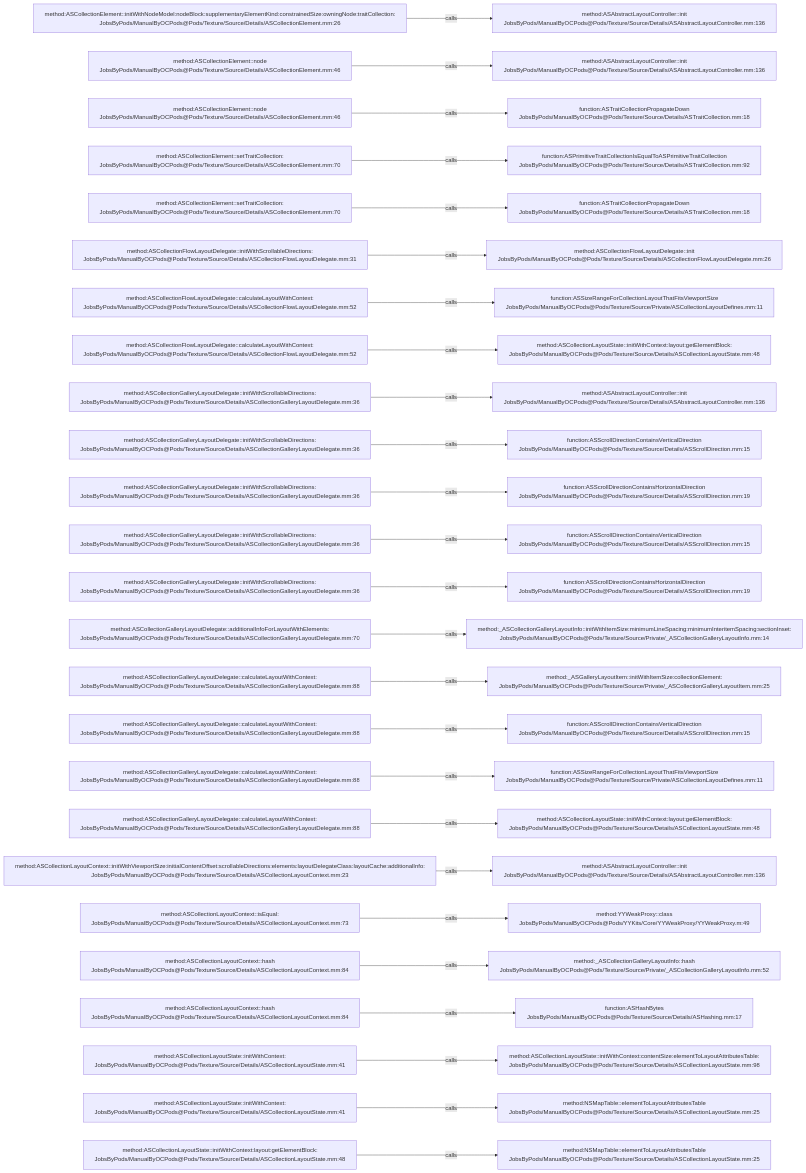
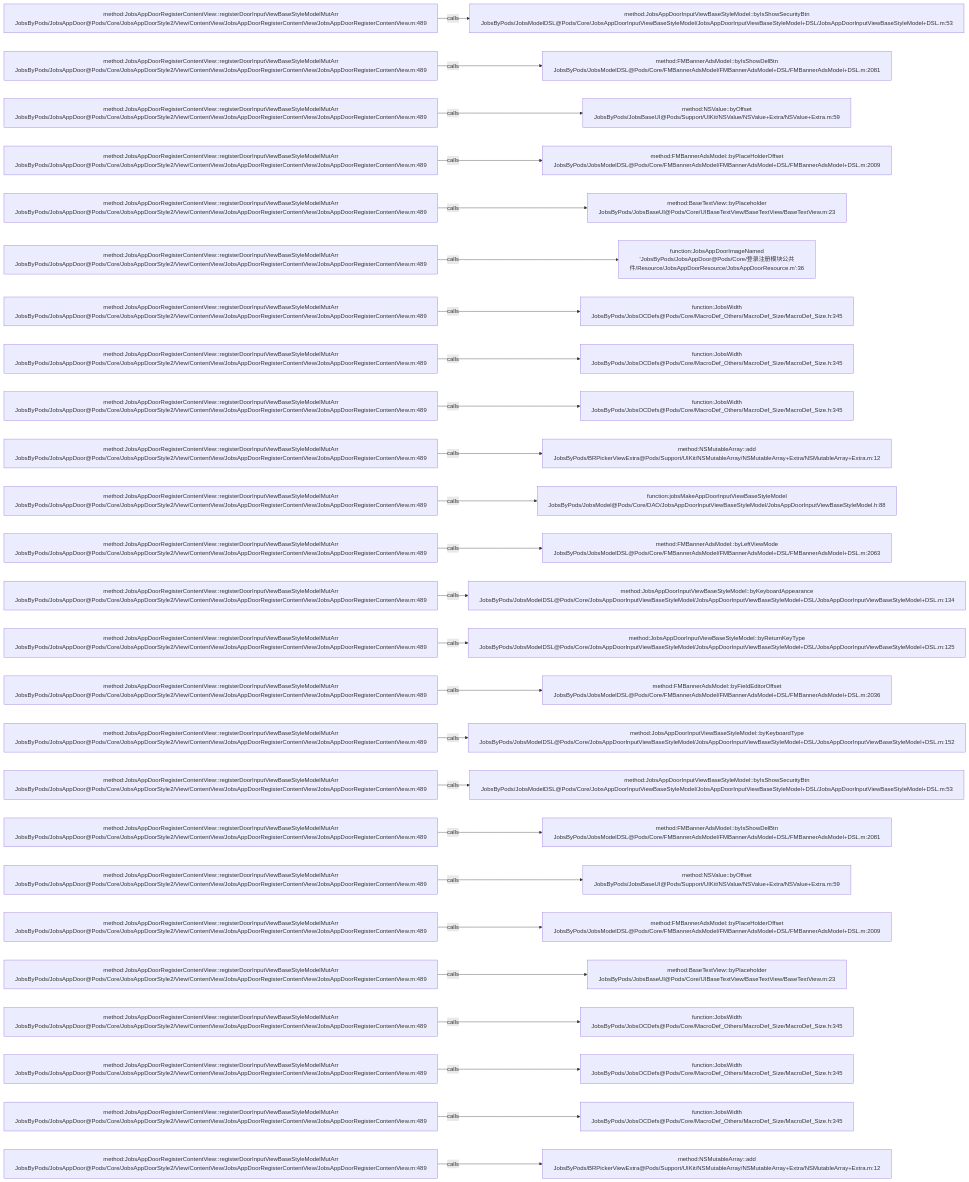
The diagram in .codegraph/codegraph.md/graphs/calls-136.md (JobsKits/JobsOCBaseConfigDemo), drawn with Mermaid before and after one commit. The commit also changed 768 other files, not shown here.

````diff
--- a/.codegraph/codegraph.md/graphs/calls-136.md
+++ b/.codegraph/codegraph.md/graphs/calls-136.md
@@ -13,78 +13,78 @@
 ```mermaid
 flowchart LR
-  S1["method:ASCollectionElement::initWithNodeModel:nodeBlock:supplementaryElementKind:constrainedSize:owningNode:traitCollection:<br/>JobsByPods/ManualByOCPods@Pods/Texture/Source/Details/ASCollectionElement.mm:26"]
-  T1["method:ASAbstractLayoutController::init<br/>JobsByPods/ManualByOCPods@Pods/Texture/Source/Details/ASAbstractLayoutController.mm:136"]
+  S1["method:JobsAppDoorRegisterContentView::registerDoorInputViewBaseStyleModelMutArr<br/>JobsByPods/JobsAppDoor@Pods/Core/JobsAppDoorStyle2/View/ContentView/JobsAppDoorRegisterContentView/JobsAppDoorRegisterContentView.m:489"]
+  T1["method:JobsAppDoorInputViewBaseStyleModel::byIsShowSecurityBtn<br/>JobsByPods/JobsModelDSL@Pods/Core/JobsAppDoorInputViewBaseStyleModel/JobsAppDoorInputViewBaseStyleModel+DSL/JobsAppDoorInputViewBaseStyleModel+DSL.m:53"]
   S1 -->|calls| T1
-  S2["method:ASCollectionElement::node<br/>JobsByPods/ManualByOCPods@Pods/Texture/Source/Details/ASCollectionElement.mm:46"]
-  T2["method:ASAbstractLayoutController::init<br/>JobsByPods/ManualByOCPods@Pods/Texture/Source/Details/ASAbstractLayoutController.mm:136"]
+  S2["method:JobsAppDoorRegisterContentView::registerDoorInputViewBaseStyleModelMutArr<br/>JobsByPods/JobsAppDoor@Pods/Core/JobsAppDoorStyle2/View/ContentView/JobsAppDoorRegisterContentView/JobsAppDoorRegisterContentView.m:489"]
+  T2["method:FMBannerAdsModel::byIsShowDelBtn<br/>JobsByPods/JobsModelDSL@Pods/Core/FMBannerAdsModel/FMBannerAdsModel+DSL/FMBannerAdsModel+DSL.m:2081"]
   S2 -->|calls| T2
-  S3["method:ASCollectionElement::node<br/>JobsByPods/ManualByOCPods@Pods/Texture/Source/Details/ASCollectionElement.mm:46"]
-  T3["function:ASTraitCollectionPropagateDown<br/>JobsByPods/ManualByOCPods@Pods/Texture/Source/Details/ASTraitCollection.mm:18"]
+  S3["method:JobsAppDoorRegisterContentView::registerDoorInputViewBaseStyleModelMutArr<br/>JobsByPods/JobsAppDoor@Pods/Core/JobsAppDoorStyle2/View/ContentView/JobsAppDoorRegisterContentView/JobsAppDoorRegisterContentView.m:489"]
+  T3["method:NSValue::byOffset<br/>JobsByPods/JobsBaseUI@Pods/Support/UIKit/NSValue/NSValue+Extra/NSValue+Extra.m:59"]
   S3 -->|calls| T3
-  S4["method:ASCollectionElement::setTraitCollection:<br/>JobsByPods/ManualByOCPods@Pods/Texture/Source/Details/ASCollectionElement.mm:70"]
-  T4["function:ASPrimitiveTraitCollectionIsEqualToASPrimitiveTraitCollection<br/>JobsByPods/ManualByOCPods@Pods/Texture/Source/Details/ASTraitCollection.mm:92"]
+  S4["method:JobsAppDoorRegisterContentView::registerDoorInputViewBaseStyleModelMutArr<br/>JobsByPods/JobsAppDoor@Pods/Core/JobsAppDoorStyle2/View/ContentView/JobsAppDoorRegisterContentView/JobsAppDoorRegisterContentView.m:489"]
+  T4["method:FMBannerAdsModel::byPlaceHolderOffset<br/>JobsByPods/JobsModelDSL@Pods/Core/FMBannerAdsModel/FMBannerAdsModel+DSL/FMBannerAdsModel+DSL.m:2009"]
   S4 -->|calls| T4
-  S5["method:ASCollectionElement::setTraitCollection:<br/>JobsByPods/ManualByOCPods@Pods/Texture/Source/Details/ASCollectionElement.mm:70"]
-  T5["function:ASTraitCollectionPropagateDown<br/>JobsByPods/ManualByOCPods@Pods/Texture/Source/Details/ASTraitCollection.mm:18"]
+  S5["method:JobsAppDoorRegisterContentView::registerDoorInputViewBaseStyleModelMutArr<br/>JobsByPods/JobsAppDoor@Pods/Core/JobsAppDoorStyle2/View/ContentView/JobsAppDoorRegisterContentView/JobsAppDoorRegisterContentView.m:489"]
+  T5["method:BaseTextView::byPlaceholder<br/>JobsByPods/JobsBaseUI@Pods/Core/UIBaseTextView/BaseTextView/BaseTextView.m:23"]
   S5 -->|calls| T5
-  S6["method:ASCollectionFlowLayoutDelegate::initWithScrollableDirections:<br/>JobsByPods/ManualByOCPods@Pods/Texture/Source/Details/ASCollectionFlowLayoutDelegate.mm:31"]
-  T6["method:ASCollectionFlowLayoutDelegate::init<br/>JobsByPods/ManualByOCPods@Pods/Texture/Source/Details/ASCollectionFlowLayoutDelegate.mm:26"]
+  S6["method:JobsAppDoorRegisterContentView::registerDoorInputViewBaseStyleModelMutArr<br/>JobsByPods/JobsAppDoor@Pods/Core/JobsAppDoorStyle2/View/ContentView/JobsAppDoorRegisterContentView/JobsAppDoorRegisterContentView.m:489"]
+  T6["function:JobsAppDoorImageNamed<br/>'JobsByPods/JobsAppDoor@Pods/Core/登录注册模块公共件/Resource/JobsAppDoorResource/JobsAppDoorResource.m':36"]
   S6 -->|calls| T6
-  S7["method:ASCollectionFlowLayoutDelegate::calculateLayoutWithContext:<br/>JobsByPods/ManualByOCPods@Pods/Texture/Source/Details/ASCollectionFlowLayoutDelegate.mm:52"]
-  T7["function:ASSizeRangeForCollectionLayoutThatFitsViewportSize<br/>JobsByPods/ManualByOCPods@Pods/Texture/Source/Private/ASCollectionLayoutDefines.mm:11"]
+  S7["method:JobsAppDoorRegisterContentView::registerDoorInputViewBaseStyleModelMutArr<br/>JobsByPods/JobsAppDoor@Pods/Core/JobsAppDoorStyle2/View/ContentView/JobsAppDoorRegisterContentView/JobsAppDoorRegisterContentView.m:489"]
+  T7["function:JobsWidth<br/>JobsByPods/JobsOCDefs@Pods/Core/MacroDef_Others/MacroDef_Size/MacroDef_Size.h:345"]
   S7 -->|calls| T7
-  S8["method:ASCollectionFlowLayoutDelegate::calculateLayoutWithContext:<br/>JobsByPods/ManualByOCPods@Pods/Texture/Source/Details/ASCollectionFlowLayoutDelegate.mm:52"]
-  T8["method:ASCollectionLayoutState::initWithContext:layout:getElementBlock:<br/>JobsByPods/ManualByOCPods@Pods/Texture/Source/Details/ASCollectionLayoutState.mm:48"]
+  S8["method:JobsAppDoorRegisterContentView::registerDoorInputViewBaseStyleModelMutArr<br/>JobsByPods/JobsAppDoor@Pods/Core/JobsAppDoorStyle2/View/ContentView/JobsAppDoorRegisterContentView/JobsAppDoorRegisterContentView.m:489"]
+  T8["function:JobsWidth<br/>JobsByPods/JobsOCDefs@Pods/Core/MacroDef_Others/MacroDef_Size/MacroDef_Size.h:345"]
   S8 -->|calls| T8
-  S9["method:ASCollectionGalleryLayoutDelegate::initWithScrollableDirections:<br/>JobsByPods/ManualByOCPods@Pods/Texture/Source/Details/ASCollectionGalleryLayoutDelegate.mm:36"]
-  T9["method:ASAbstractLayoutController::init<br/>JobsByPods/ManualByOCPods@Pods/Texture/Source/Details/ASAbstractLayoutController.mm:136"]
+  S9["method:JobsAppDoorRegisterContentView::registerDoorInputViewBaseStyleModelMutArr<br/>JobsByPods/JobsAppDoor@Pods/Core/JobsAppDoorStyle2/View/ContentView/JobsAppDoorRegisterContentView/JobsAppDoorRegisterContentView.m:489"]
+  T9["function:JobsWidth<br/>JobsByPods/JobsOCDefs@Pods/Core/MacroDef_Others/MacroDef_Size/MacroDef_Size.h:345"]
   S9 -->|calls| T9
-  S10["method:ASCollectionGalleryLayoutDelegate::initWithScrollableDirections:<br/>JobsByPods/ManualByOCPods@Pods/Texture/Source/Details/ASCollectionGalleryLayoutDelegate.mm:36"]
-  T10["function:ASScrollDirectionContainsVerticalDirection<br/>JobsByPods/ManualByOCPods@Pods/Texture/Source/Details/ASScrollDirection.mm:15"]
+  S10["method:JobsAppDoorRegisterContentView::registerDoorInputViewBaseStyleModelMutArr<br/>JobsByPods/JobsAppDoor@Pods/Core/JobsAppDoorStyle2/View/ContentView/JobsAppDoorRegisterContentView/JobsAppDoorRegisterContentView.m:489"]
+  T10["method:NSMutableArray::add<br/>JobsByPods/BRPickerViewExtra@Pods/Support/UIKit/NSMutableArray/NSMutableArray+Extra/NSMutableArray+Extra.m:12"]
   S10 -->|calls| T10
-  S11["method:ASCollectionGalleryLayoutDelegate::initWithScrollableDirections:<br/>JobsByPods/ManualByOCPods@Pods/Texture/Source/Details/ASCollectionGalleryLayoutDelegate.mm:36"]
-  T11["function:ASScrollDirectionContainsHorizontalDirection<br/>JobsByPods/ManualByOCPods@Pods/Texture/Source/Details/ASScrollDirection.mm:19"]
+  S11["method:JobsAppDoorRegisterContentView::registerDoorInputViewBaseStyleModelMutArr<br/>JobsByPods/JobsAppDoor@Pods/Core/JobsAppDoorStyle2/View/ContentView/JobsAppDoorRegisterContentView/JobsAppDoorRegisterContentView.m:489"]
+  T11["function:jobsMakeAppDoorInputViewBaseStyleModel<br/>JobsByPods/JobsModel@Pods/Core/DAO/JobsAppDoorInputViewBaseStyleModel/JobsAppDoorInputViewBaseStyleModel.h:88"]
   S11 -->|calls| T11
-  S12["method:ASCollectionGalleryLayoutDelegate::initWithScrollableDirections:<br/>JobsByPods/ManualByOCPods@Pods/Texture/Source/Details/ASCollectionGalleryLayoutDelegate.mm:36"]
-  T12["function:ASScrollDirectionContainsVerticalDirection<br/>JobsByPods/ManualByOCPods@Pods/Texture/Source/Details/ASScrollDirection.mm:15"]
+  S12["method:JobsAppDoorRegisterContentView::registerDoorInputViewBaseStyleModelMutArr<br/>JobsByPods/JobsAppDoor@Pods/Core/JobsAppDoorStyle2/View/ContentView/JobsAppDoorRegisterContentView/JobsAppDoorRegisterContentView.m:489"]
+  T12["method:FMBannerAdsModel::byLeftViewMode<br/>JobsByPods/JobsModelDSL@Pods/Core/FMBannerAdsModel/FMBannerAdsModel+DSL/FMBannerAdsModel+DSL.m:2063"]
   S12 -->|calls| T12
-  S13["method:ASCollectionGalleryLayoutDelegate::initWithScrollableDirections:<br/>JobsByPods/ManualByOCPods@Pods/Texture/Source/Details/ASCollectionGalleryLayoutDelegate.mm:36"]
-  T13["function:ASScrollDirectionContainsHorizontalDirection<br/>JobsByPods/ManualByOCPods@Pods/Texture/Source/Details/ASScrollDirection.mm:19"]
+  S13["method:JobsAppDoorRegisterContentView::registerDoorInputViewBaseStyleModelMutArr<br/>JobsByPods/JobsAppDoor@Pods/Core/JobsAppDoorStyle2/View/ContentView/JobsAppDoorRegisterContentView/JobsAppDoorRegisterContentView.m:489"]
+  T13["method:JobsAppDoorInputViewBaseStyleModel::byKeyboardAppearance<br/>JobsByPods/JobsModelDSL@Pods/Core/JobsAppDoorInputViewBaseStyleModel/JobsAppDoorInputViewBaseStyleModel+DSL/JobsAppDoorInputViewBaseStyleModel+DSL.m:134"]
   S13 -->|calls| T13
-  S14["method:ASCollectionGalleryLayoutDelegate::additionalInfoForLayoutWithElements:<br/>JobsByPods/ManualByOCPods@Pods/Texture/Source/Details/ASCollectionGalleryLayoutDelegate.mm:70"]
-  T14["method:_ASCollectionGalleryLayoutInfo::initWithItemSize:minimumLineSpacing:minimumInteritemSpacing:sectionInset:<br/>JobsByPods/ManualByOCPods@Pods/Texture/Source/Private/_ASCollectionGalleryLayoutInfo.mm:14"]
+  S14["method:JobsAppDoorRegisterContentView::registerDoorInputViewBaseStyleModelMutArr<br/>JobsByPods/JobsAppDoor@Pods/Core/JobsAppDoorStyle2/View/ContentView/JobsAppDoorRegisterContentView/JobsAppDoorRegisterContentView.m:489"]
+  T14["method:JobsAppDoorInputViewBaseStyleModel::byReturnKeyType<br/>JobsByPods/JobsModelDSL@Pods/Core/JobsAppDoorInputViewBaseStyleModel/JobsAppDoorInputViewBaseStyleModel+DSL/JobsAppDoorInputViewBaseStyleModel+DSL.m:125"]
   S14 -->|calls| T14
-  S15["method:ASCollectionGalleryLayoutDelegate::calculateLayoutWithContext:<br/>JobsByPods/ManualByOCPods@Pods/Texture/Source/Details/ASCollectionGalleryLayoutDelegate.mm:88"]
-  T15["method:_ASGalleryLayoutItem::initWithItemSize:collectionElement:<br/>JobsByPods/ManualByOCPods@Pods/Texture/Source/Private/_ASCollectionGalleryLayoutItem.mm:25"]
+  S15["method:JobsAppDoorRegisterContentView::registerDoorInputViewBaseStyleModelMutArr<br/>JobsByPods/JobsAppDoor@Pods/Core/JobsAppDoorStyle2/View/ContentView/JobsAppDoorRegisterContentView/JobsAppDoorRegisterContentView.m:489"]
+  T15["method:FMBannerAdsModel::byFieldEditorOffset<br/>JobsByPods/JobsModelDSL@Pods/Core/FMBannerAdsModel/FMBannerAdsModel+DSL/FMBannerAdsModel+DSL.m:2036"]
   S15 -->|calls| T15
-  S16["method:ASCollectionGalleryLayoutDelegate::calculateLayoutWithContext:<br/>JobsByPods/ManualByOCPods@Pods/Texture/Source/Details/ASCollectionGalleryLayoutDelegate.mm:88"]
-  T16["function:ASScrollDirectionContainsVerticalDirection<br/>JobsByPods/ManualByOCPods@Pods/Texture/Source/Details/ASScrollDirection.mm:15"]
+  S16["method:JobsAppDoorRegisterContentView::registerDoorInputViewBaseStyleModelMutArr<br/>JobsByPods/JobsAppDoor@Pods/Core/JobsAppDoorStyle2/View/ContentView/JobsAppDoorRegisterContentView/JobsAppDoorRegisterContentView.m:489"]
+  T16["method:JobsAppDoorInputViewBaseStyleModel::byKeyboardType<br/>JobsByPods/JobsModelDSL@Pods/Core/JobsAppDoorInputViewBaseStyleModel/JobsAppDoorInputViewBaseStyleModel+DSL/JobsAppDoorInputViewBaseStyleModel+DSL.m:152"]
   S16 -->|calls| T16
-  S17["method:ASCollectionGalleryLayoutDelegate::calculateLayoutWithContext:<br/>JobsByPods/ManualByOCPods@Pods/Texture/Source/Details/ASCollectionGalleryLayoutDelegate.mm:88"]
-  T17["function:ASSizeRangeForCollectionLayoutThatFitsViewportSize<br/>JobsByPods/ManualByOCPods@Pods/Texture/Source/Private/ASCollectionLayoutDefines.mm:11"]
+  S17["method:JobsAppDoorRegisterContentView::registerDoorInputViewBaseStyleModelMutArr<br/>JobsByPods/JobsAppDoor@Pods/Core/JobsAppDoorStyle2/View/ContentView/JobsAppDoorRegisterContentView/JobsAppDoorRegisterContentView.m:489"]
+  T17["method:JobsAppDoorInputViewBaseStyleModel::byIsShowSecurityBtn<br/>JobsByPods/JobsModelDSL@Pods/Core/JobsAppDoorInputViewBaseStyleModel/JobsAppDoorInputViewBaseStyleModel+DSL/JobsAppDoorInputViewBaseStyleModel+DSL.m:53"]
   S17 -->|calls| T17
-  S18["method:ASCollectionGalleryLayoutDelegate::calculateLayoutWithContext:<br/>JobsByPods/ManualByOCPods@Pods/Texture/Source/Details/ASCollectionGalleryLayoutDelegate.mm:88"]
-  T18["method:ASCollectionLayoutState::initWithContext:layout:getElementBlock:<br/>JobsByPods/ManualByOCPods@Pods/Texture/Source/Details/ASCollectionLayoutState.mm:48"]
+  S18["method:JobsAppDoorRegisterContentView::registerDoorInputViewBaseStyleModelMutArr<br/>JobsByPods/JobsAppDoor@Pods/Core/JobsAppDoorStyle2/View/ContentView/JobsAppDoorRegisterContentView/JobsAppDoorRegisterContentView.m:489"]
+  T18["method:FMBannerAdsModel::byIsShowDelBtn<br/>JobsByPods/JobsModelDSL@Pods/Core/FMBannerAdsModel/FMBannerAdsModel+DSL/FMBannerAdsModel+DSL.m:2081"]
   S18 -->|calls| T18
-  S19["method:ASCollectionLayoutContext::initWithViewportSize:initialContentOffset:scrollableDirections:elements:layoutDelegateClass:layoutCache:additionalInfo:<br/>JobsByPods/ManualByOCPods@Pods/Texture/Source/Details/ASCollectionLayoutContext.mm:23"]
-  T19["method:ASAbstractLayoutController::init<br/>JobsByPods/ManualByOCPods@Pods/Texture/Source/Details/ASAbstractLayoutController.mm:136"]
+  S19["method:JobsAppDoorRegisterContentView::registerDoorInputViewBaseStyleModelMutArr<br/>JobsByPods/JobsAppDoor@Pods/Core/JobsAppDoorStyle2/View/ContentView/JobsAppDoorRegisterContentView/JobsAppDoorRegisterContentView.m:489"]
+  T19["method:NSValue::byOffset<br/>JobsByPods/JobsBaseUI@Pods/Support/UIKit/NSValue/NSValue+Extra/NSValue+Extra.m:59"]
   S19 -->|calls| T19
-  S20["method:ASCollectionLayoutContext::isEqual:<br/>JobsByPods/ManualByOCPods@Pods/Texture/Source/Details/ASCollectionLayoutContext.mm:73"]
-  T20["method:YYWeakProxy::class<br/>JobsByPods/ManualByOCPods@Pods/YYKits/Core/YYWeakProxy/YYWeakProxy.m:49"]
+  S20["method:JobsAppDoorRegisterContentView::registerDoorInputViewBaseStyleModelMutArr<br/>JobsByPods/JobsAppDoor@Pods/Core/JobsAppDoorStyle2/View/ContentView/JobsAppDoorRegisterContentView/JobsAppDoorRegisterContentView.m:489"]
+  T20["method:FMBannerAdsModel::byPlaceHolderOffset<br/>JobsByPods/JobsModelDSL@Pods/Core/FMBannerAdsModel/FMBannerAdsModel+DSL/FMBannerAdsModel+DSL.m:2009"]
   S20 -->|calls| T20
-  S21["method:ASCollectionLayoutContext::hash<br/>JobsByPods/ManualByOCPods@Pods/Texture/Source/Details/ASCollectionLayoutContext.mm:84"]
-  T21["method:_ASCollectionGalleryLayoutInfo::hash<br/>JobsByPods/ManualByOCPods@Pods/Texture/Source/Private/_ASCollectionGalleryLayoutInfo.mm:52"]
+  S21["method:JobsAppDoorRegisterContentView::registerDoorInputViewBaseStyleModelMutArr<br/>JobsByPods/JobsAppDoor@Pods/Core/JobsAppDoorStyle2/View/ContentView/JobsAppDoorRegisterContentView/JobsAppDoorRegisterContentView.m:489"]
+  T21["method:BaseTextView::byPlaceholder<br/>JobsByPods/JobsBaseUI@Pods/Core/UIBaseTextView/BaseTextView/BaseTextView.m:23"]
   S21 -->|calls| T21
-  S22["method:ASCollectionLayoutContext::hash<br/>JobsByPods/ManualByOCPods@Pods/Texture/Source/Details/ASCollectionLayoutContext.mm:84"]
-  T22["function:ASHashBytes<br/>JobsByPods/ManualByOCPods@Pods/Texture/Source/Details/ASHashing.mm:17"]
+  S22["method:JobsAppDoorRegisterContentView::registerDoorInputViewBaseStyleModelMutArr<br/>JobsByPods/JobsAppDoor@Pods/Core/JobsAppDoorStyle2/View/ContentView/JobsAppDoorRegisterContentView/JobsAppDoorRegisterContentView.m:489"]
+  T22["function:JobsWidth<br/>JobsByPods/JobsOCDefs@Pods/Core/MacroDef_Others/MacroDef_Size/MacroDef_Size.h:345"]
   S22 -->|calls| T22
-  S23["method:ASCollectionLayoutState::initWithContext:<br/>JobsByPods/ManualByOCPods@Pods/Texture/Source/Details/ASCollectionLayoutState.mm:41"]
-  T23["method:ASCollectionLayoutState::initWithContext:contentSize:elementToLayoutAttributesTable:<br/>JobsByPods/ManualByOCPods@Pods/Texture/Source/Details/ASCollectionLayoutState.mm:98"]
+  S23["method:JobsAppDoorRegisterContentView::registerDoorInputViewBaseStyleModelMutArr<br/>JobsByPods/JobsAppDoor@Pods/Core/JobsAppDoorStyle2/View/ContentView/JobsAppDoorRegisterContentView/JobsAppDoorRegisterContentView.m:489"]
+  T23["function:JobsWidth<br/>JobsByPods/JobsOCDefs@Pods/Core/MacroDef_Others/MacroDef_Size/MacroDef_Size.h:345"]
   S23 -->|calls| T23
-  S24["method:ASCollectionLayoutState::initWithContext:<br/>JobsByPods/ManualByOCPods@Pods/Texture/Source/Details/ASCollectionLayoutState.mm:41"]
-  T24["method:NSMapTable::elementToLayoutAttributesTable<br/>JobsByPods/ManualByOCPods@Pods/Texture/Source/Details/ASCollectionLayoutState.mm:25"]
+  S24["method:JobsAppDoorRegisterContentView::registerDoorInputViewBaseStyleModelMutArr<br/>JobsByPods/JobsAppDoor@Pods/Core/JobsAppDoorStyle2/View/ContentView/JobsAppDoorRegisterContentView/JobsAppDoorRegisterContentView.m:489"]
+  T24["function:JobsWidth<br/>JobsByPods/JobsOCDefs@Pods/Core/MacroDef_Others/MacroDef_Size/MacroDef_Size.h:345"]
   S24 -->|calls| T24
-  S25["method:ASCollectionLayoutState::initWithContext:layout:getElementBlock:<br/>JobsByPods/ManualByOCPods@Pods/Texture/Source/Details/ASCollectionLayoutState.mm:48"]
-  T25["method:NSMapTable::elementToLayoutAttributesTable<br/>JobsByPods/ManualByOCPods@Pods/Texture/Source/Details/ASCollectionLayoutState.mm:25"]
+  S25["method:JobsAppDoorRegisterContentView::registerDoorInputViewBaseStyleModelMutArr<br/>JobsByPods/JobsAppDoor@Pods/Core/JobsAppDoorStyle2/View/ContentView/JobsAppDoorRegisterContentView/JobsAppDoorRegisterContentView.m:489"]
+  T25["method:NSMutableArray::add<br/>JobsByPods/BRPickerViewExtra@Pods/Support/UIKit/NSMutableArray/NSMutableArray+Extra/NSMutableArray+Extra.m:12"]
   S25 -->|calls| T25
 ```
````
